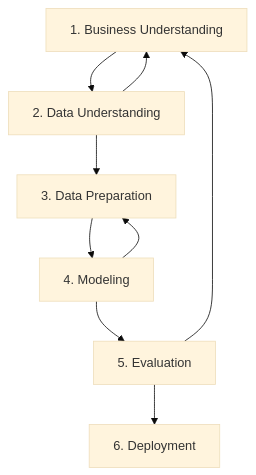
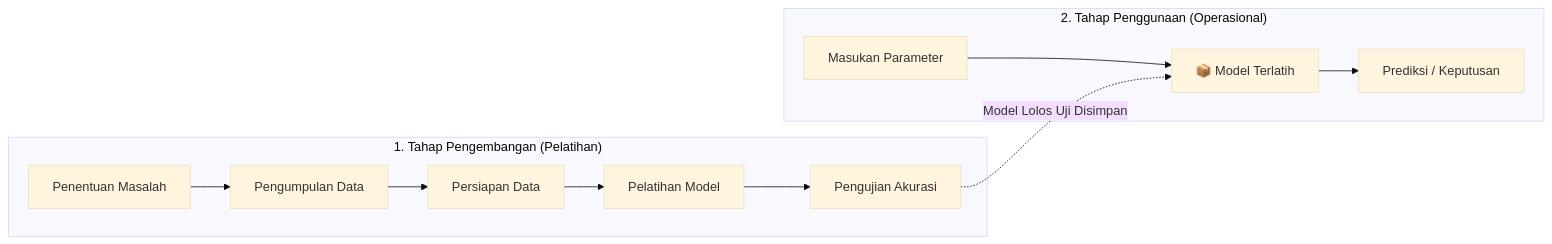
The second of 8 diagrams in content/docs/pertemuan-03.mdx (mahendartea/Learn-AI), drawn with Mermaid (base theme) before and after one commit. The commit also changed other lines of this file and 2 other files, not shown here.

Commit message:
docs: formulate Pertemuan 03 Data Science Methodology and add DKI Jakarta infant immunization Python case study with 2 CSV datasets

````diff
--- a/content/docs/pertemuan-03.mdx
+++ b/content/docs/pertemuan-03.mdx
@@ -27,11 +46,16 @@
 ```mermaid
-graph TD
-    A["1. Business Understanding"] --> B["2. Data Understanding"]
-    B --> A
-    B --> C["3. Data Preparation"]
-    C --> D["4. Modeling"]
-    D --> C
-    D --> E["5. Evaluation"]
-    E --> A
-    E --> F["6. Deployment"]
+graph LR
+    subgraph Fase1["1. Tahap Pengembangan (Pelatihan)"]
+        Goal["Penentuan Masalah"] --> DataGov["Pengumpulan Data"]
+        DataGov --> Prep["Persiapan Data"]
+        Prep --> Train["Pelatihan Model"]
+        Train --> Test["Pengujian Akurasi"]
+    end
+
+    subgraph Fase2["2. Tahap Penggunaan (Operasional)"]
+        In["Masukan Parameter"] --> ModelRun["📦 Model Terlatih"]
+        ModelRun --> Out["Prediksi / Keputusan"]
+    end
+
+    Test -.->|"Model Lolos Uji Disimpan"| ModelRun
 ```
````
